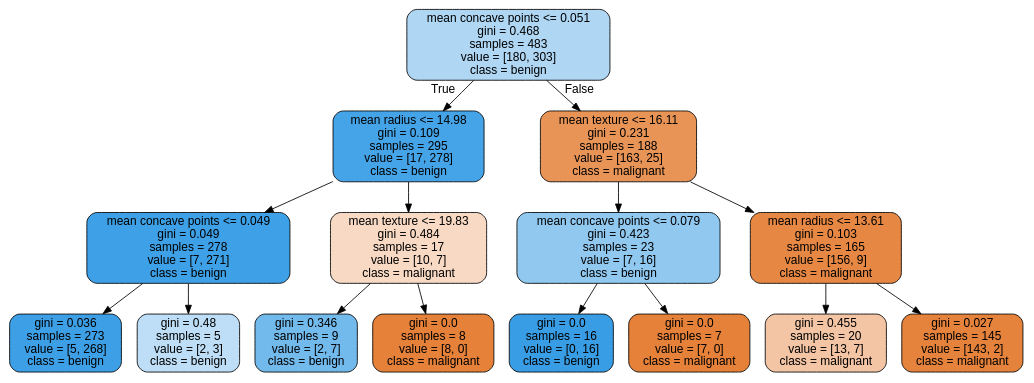
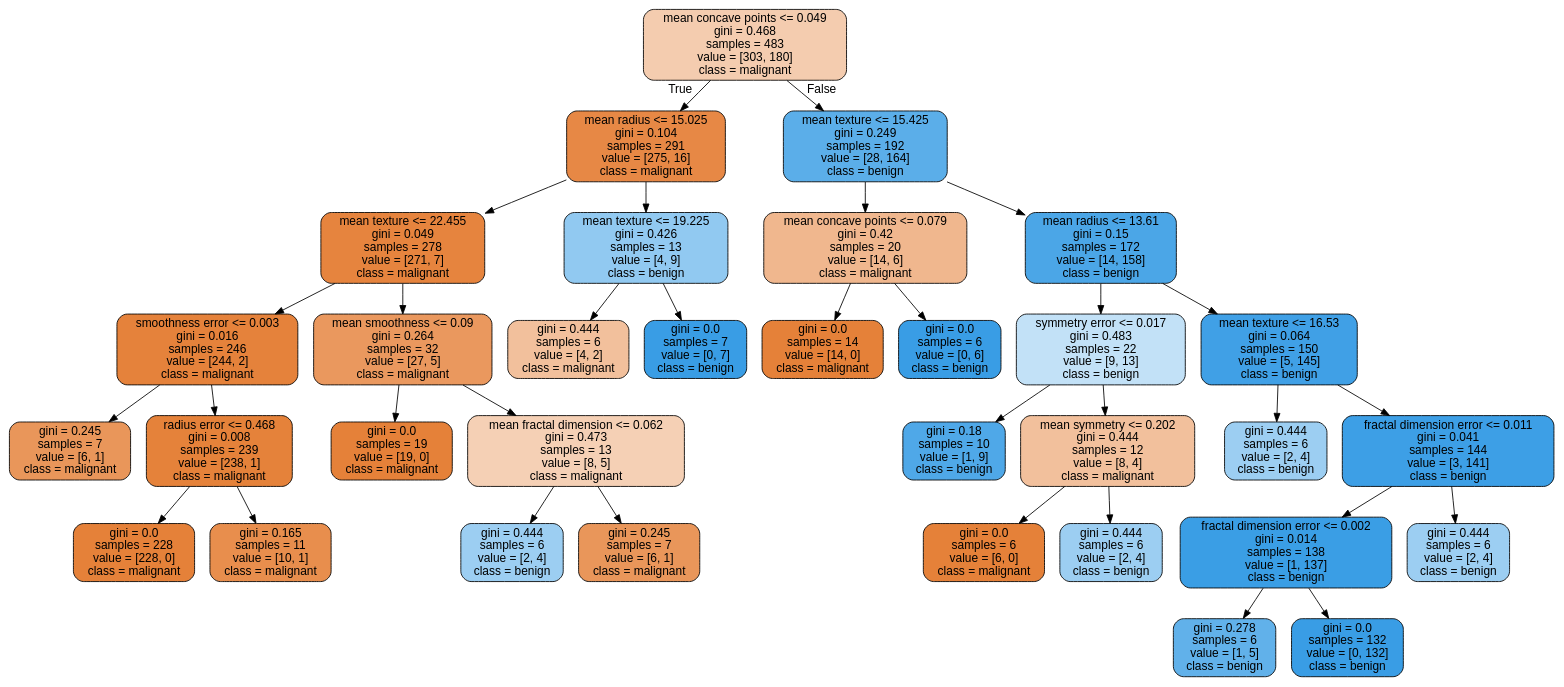
One commit to iheathers/2023---Semester-1-Feb---Jun- changed the diagram in Semester 1 2023/CITS5508 - Machine Learning/Labs/Assignment 2/tree_clf_opt.dot. Above: the diagram before and after it, drawn with Graphviz. The commit also changed 22 other files, not shown here.

```diff
--- a/Semester 1 2023/CITS5508 - Machine Learning/Labs/Assignment 2/tree_clf_opt.dot
+++ b/Semester 1 2023/CITS5508 - Machine Learning/Labs/Assignment 2/tree_clf_opt.dot
@@ -1,33 +1,69 @@
 digraph Tree {
 node [shape=box, style="filled, rounded", color="black", fontname="helvetica"] ;
 edge [fontname="helvetica"] ;
-0 [label="mean concave points <= 0.051\ngini = 0.468\nsamples = 483\nvalue = [180, 303]\nclass = benign", fillcolor="#afd7f4"] ;
-1 [label="mean radius <= 14.98\ngini = 0.109\nsamples = 295\nvalue = [17, 278]\nclass = benign", fillcolor="#45a3e7"] ;
+0 [label="mean concave points <= 0.049\ngini = 0.468\nsamples = 483\nvalue = [303, 180]\nclass = malignant", fillcolor="#f4ccaf"] ;
+1 [label="mean radius <= 15.025\ngini = 0.104\nsamples = 291\nvalue = [275, 16]\nclass = malignant", fillcolor="#e78845"] ;
 0 -> 1 [labeldistance=2.5, labelangle=45, headlabel="True"] ;
-2 [label="mean concave points <= 0.049\ngini = 0.049\nsamples = 278\nvalue = [7, 271]\nclass = benign", fillcolor="#3ea0e6"] ;
+2 [label="mean texture <= 22.455\ngini = 0.049\nsamples = 278\nvalue = [271, 7]\nclass = malignant", fillcolor="#e6843e"] ;
 1 -> 2 ;
-3 [label="gini = 0.036\nsamples = 273\nvalue = [5, 268]\nclass = benign", fillcolor="#3d9fe5"] ;
+3 [label="smoothness error <= 0.003\ngini = 0.016\nsamples = 246\nvalue = [244, 2]\nclass = malignant", fillcolor="#e5823b"] ;
 2 -> 3 ;
-4 [label="gini = 0.48\nsamples = 5\nvalue = [2, 3]\nclass = benign", fillcolor="#bddef6"] ;
-2 -> 4 ;
-5 [label="mean texture <= 19.83\ngini = 0.484\nsamples = 17\nvalue = [10, 7]\nclass = malignant", fillcolor="#f7d9c4"] ;
-1 -> 5 ;
-6 [label="gini = 0.346\nsamples = 9\nvalue = [2, 7]\nclass = benign", fillcolor="#72b9ec"] ;
+4 [label="gini = 0.245\nsamples = 7\nvalue = [6, 1]\nclass = malignant", fillcolor="#e9965a"] ;
+3 -> 4 ;
+5 [label="radius error <= 0.468\ngini = 0.008\nsamples = 239\nvalue = [238, 1]\nclass = malignant", fillcolor="#e5823a"] ;
+3 -> 5 ;
+6 [label="gini = 0.0\nsamples = 228\nvalue = [228, 0]\nclass = malignant", fillcolor="#e58139"] ;
 5 -> 6 ;
-7 [label="gini = 0.0\nsamples = 8\nvalue = [8, 0]\nclass = malignant", fillcolor="#e58139"] ;
+7 [label="gini = 0.165\nsamples = 11\nvalue = [10, 1]\nclass = malignant", fillcolor="#e88e4d"] ;
 5 -> 7 ;
-8 [label="mean texture <= 16.11\ngini = 0.231\nsamples = 188\nvalue = [163, 25]\nclass = malignant", fillcolor="#e99457"] ;
-0 -> 8 [labeldistance=2.5, labelangle=-45, headlabel="False"] ;
-9 [label="mean concave points <= 0.079\ngini = 0.423\nsamples = 23\nvalue = [7, 16]\nclass = benign", fillcolor="#90c8f0"] ;
+8 [label="mean smoothness <= 0.09\ngini = 0.264\nsamples = 32\nvalue = [27, 5]\nclass = malignant", fillcolor="#ea985e"] ;
+2 -> 8 ;
+9 [label="gini = 0.0\nsamples = 19\nvalue = [19, 0]\nclass = malignant", fillcolor="#e58139"] ;
 8 -> 9 ;
-10 [label="gini = 0.0\nsamples = 16\nvalue = [0, 16]\nclass = benign", fillcolor="#399de5"] ;
-9 -> 10 ;
-11 [label="gini = 0.0\nsamples = 7\nvalue = [7, 0]\nclass = malignant", fillcolor="#e58139"] ;
-9 -> 11 ;
-12 [label="mean radius <= 13.61\ngini = 0.103\nsamples = 165\nvalue = [156, 9]\nclass = malignant", fillcolor="#e68844"] ;
-8 -> 12 ;
-13 [label="gini = 0.455\nsamples = 20\nvalue = [13, 7]\nclass = malignant", fillcolor="#f3c5a4"] ;
-12 -> 13 ;
-14 [label="gini = 0.027\nsamples = 145\nvalue = [143, 2]\nclass = malignant", fillcolor="#e5833c"] ;
-12 -> 14 ;
+10 [label="mean fractal dimension <= 0.062\ngini = 0.473\nsamples = 13\nvalue = [8, 5]\nclass = malignant", fillcolor="#f5d0b5"] ;
+8 -> 10 ;
+11 [label="gini = 0.444\nsamples = 6\nvalue = [2, 4]\nclass = benign", fillcolor="#9ccef2"] ;
+10 -> 11 ;
+12 [label="gini = 0.245\nsamples = 7\nvalue = [6, 1]\nclass = malignant", fillcolor="#e9965a"] ;
+10 -> 12 ;
+13 [label="mean texture <= 19.225\ngini = 0.426\nsamples = 13\nvalue = [4, 9]\nclass = benign", fillcolor="#91c9f1"] ;
+1 -> 13 ;
+14 [label="gini = 0.444\nsamples = 6\nvalue = [4, 2]\nclass = malignant", fillcolor="#f2c09c"] ;
+13 -> 14 ;
+15 [label="gini = 0.0\nsamples = 7\nvalue = [0, 7]\nclass = benign", fillcolor="#399de5"] ;
+13 -> 15 ;
+16 [label="mean texture <= 15.425\ngini = 0.249\nsamples = 192\nvalue = [28, 164]\nclass = benign", fillcolor="#5baee9"] ;
+0 -> 16 [labeldistance=2.5, labelangle=-45, headlabel="False"] ;
+17 [label="mean concave points <= 0.079\ngini = 0.42\nsamples = 20\nvalue = [14, 6]\nclass = malignant", fillcolor="#f0b78e"] ;
+16 -> 17 ;
+18 [label="gini = 0.0\nsamples = 14\nvalue = [14, 0]\nclass = malignant", fillcolor="#e58139"] ;
+17 -> 18 ;
+19 [label="gini = 0.0\nsamples = 6\nvalue = [0, 6]\nclass = benign", fillcolor="#399de5"] ;
+17 -> 19 ;
+20 [label="mean radius <= 13.61\ngini = 0.15\nsamples = 172\nvalue = [14, 158]\nclass = benign", fillcolor="#4ba6e7"] ;
+16 -> 20 ;
+21 [label="symmetry error <= 0.017\ngini = 0.483\nsamples = 22\nvalue = [9, 13]\nclass = benign", fillcolor="#c2e1f7"] ;
+20 -> 21 ;
+22 [label="gini = 0.18\nsamples = 10\nvalue = [1, 9]\nclass = benign", fillcolor="#4fa8e8"] ;
+21 -> 22 ;
+23 [label="mean symmetry <= 0.202\ngini = 0.444\nsamples = 12\nvalue = [8, 4]\nclass = malignant", fillcolor="#f2c09c"] ;
+21 -> 23 ;
+24 [label="gini = 0.0\nsamples = 6\nvalue = [6, 0]\nclass = malignant", fillcolor="#e58139"] ;
+23 -> 24 ;
+25 [label="gini = 0.444\nsamples = 6\nvalue = [2, 4]\nclass = benign", fillcolor="#9ccef2"] ;
+23 -> 25 ;
+26 [label="mean texture <= 16.53\ngini = 0.064\nsamples = 150\nvalue = [5, 145]\nclass = benign", fillcolor="#40a0e6"] ;
+20 -> 26 ;
+27 [label="gini = 0.444\nsamples = 6\nvalue = [2, 4]\nclass = benign", fillcolor="#9ccef2"] ;
+26 -> 27 ;
+28 [label="fractal dimension error <= 0.011\ngini = 0.041\nsamples = 144\nvalue = [3, 141]\nclass = benign", fillcolor="#3d9fe6"] ;
+26 -> 28 ;
+29 [label="fractal dimension error <= 0.002\ngini = 0.014\nsamples = 138\nvalue = [1, 137]\nclass = benign", fillcolor="#3a9ee5"] ;
+28 -> 29 ;
+30 [label="gini = 0.278\nsamples = 6\nvalue = [1, 5]\nclass = benign", fillcolor="#61b1ea"] ;
+29 -> 30 ;
+31 [label="gini = 0.0\nsamples = 132\nvalue = [0, 132]\nclass = benign", fillcolor="#399de5"] ;
+29 -> 31 ;
+32 [label="gini = 0.444\nsamples = 6\nvalue = [2, 4]\nclass = benign", fillcolor="#9ccef2"] ;
+28 -> 32 ;
 }
```
